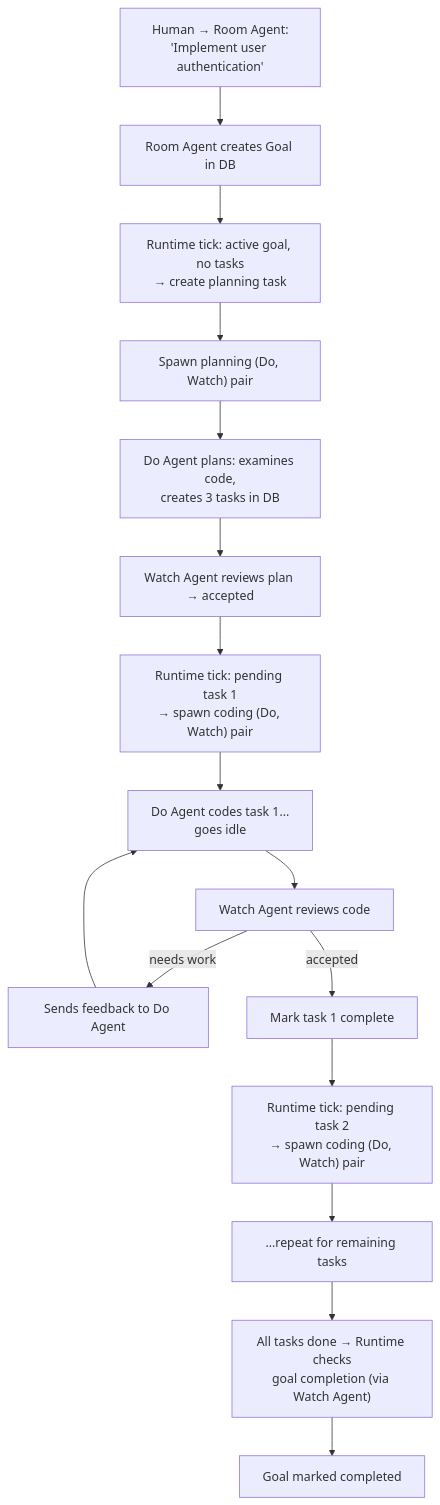
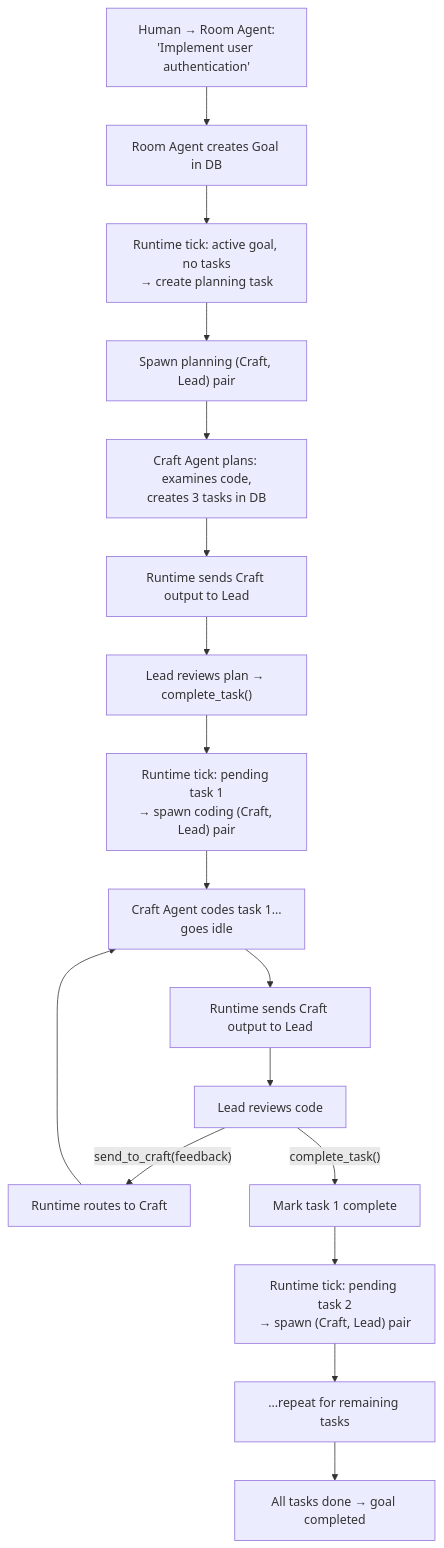
One commit to lsm/neokai changed the sixth of 6 diagrams in docs/design/room-runtime-spec.md. Above: the diagram before and after it, drawn with Mermaid. The commit also changed other lines of this file, not shown here.

First line of the commit message:
docs: update room runtime spec to v0.4 — Craft/Lead naming and routing

````diff
--- a/docs/design/room-runtime-spec.md
+++ b/docs/design/room-runtime-spec.md
@@ -266,18 +335,19 @@
 ```mermaid
 graph TD
-    A["Human → Room Agent:<br/>'Implement user authentication'"] --> B[Room Agent creates Goal in DB]
+    A["Human → Room Agent:<br/>'Implement user authentication'"] --> B["Room Agent creates Goal in DB"]
     B --> C["Runtime tick: active goal, no tasks<br/>→ create planning task"]
-    C --> D["Spawn planning (Do, Watch) pair"]
-    D --> E["Do Agent plans: examines code,<br/>creates 3 tasks in DB"]
-    E --> F["Watch Agent reviews plan → accepted"]
-    F --> G["Runtime tick: pending task 1<br/>→ spawn coding (Do, Watch) pair"]
-    G --> H[Do Agent codes task 1...<br/>goes idle]
-    H --> I[Watch Agent reviews code]
-    I -->|"needs work"| J[Sends feedback to Do Agent]
-    J --> H
-    I -->|"accepted"| K[Mark task 1 complete]
-    K --> L["Runtime tick: pending task 2<br/>→ spawn coding (Do, Watch) pair"]
-    L --> M[...repeat for remaining tasks]
-    M --> N["All tasks done → Runtime checks<br/>goal completion (via Watch Agent)"]
-    N --> O[Goal marked completed]
+    C --> D["Spawn planning (Craft, Lead) pair"]
+    D --> E["Craft Agent plans: examines code,<br/>creates 3 tasks in DB"]
+    E --> F["Runtime sends Craft output to Lead"]
+    F --> G["Lead reviews plan → complete_task()"]
+    G --> H["Runtime tick: pending task 1<br/>→ spawn coding (Craft, Lead) pair"]
+    H --> I["Craft Agent codes task 1...<br/>goes idle"]
+    I --> J["Runtime sends Craft output to Lead"]
+    J --> K["Lead reviews code"]
+    K -->|"send_to_craft(feedback)"| L["Runtime routes to Craft"]
+    L --> I
+    K -->|"complete_task()"| M["Mark task 1 complete"]
+    M --> N["Runtime tick: pending task 2<br/>→ spawn (Craft, Lead) pair"]
+    N --> O["...repeat for remaining tasks"]
+    O --> P["All tasks done → goal completed"]
 ```
````
